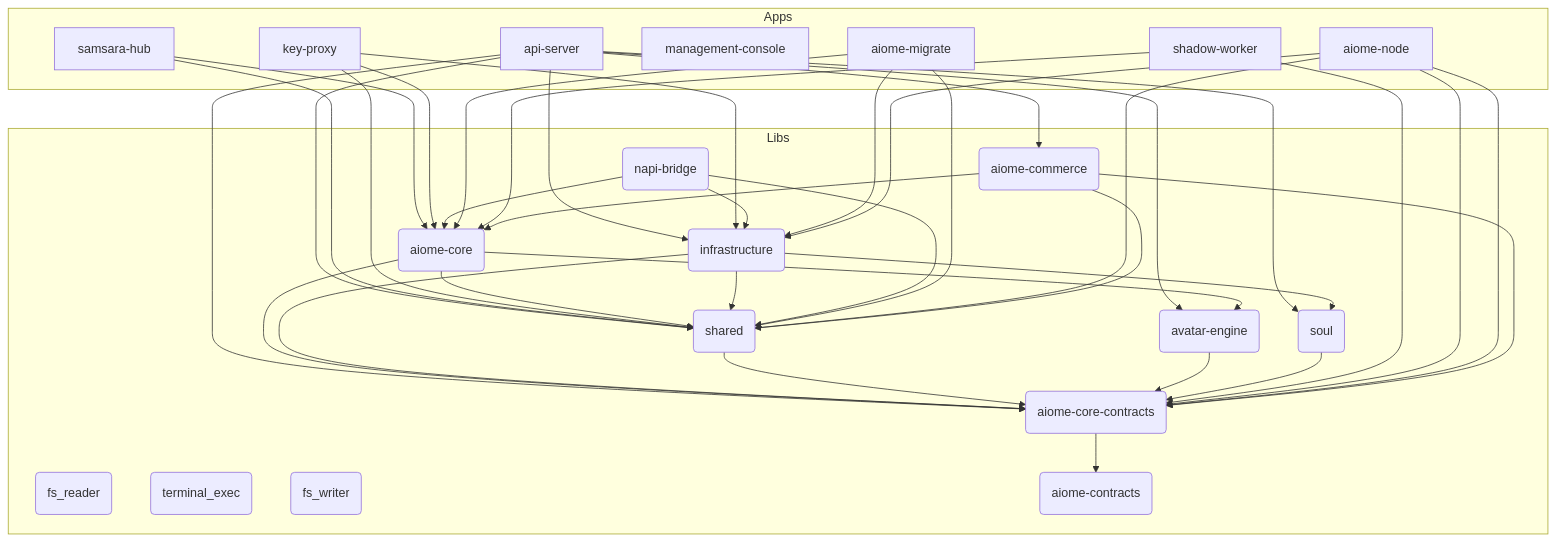
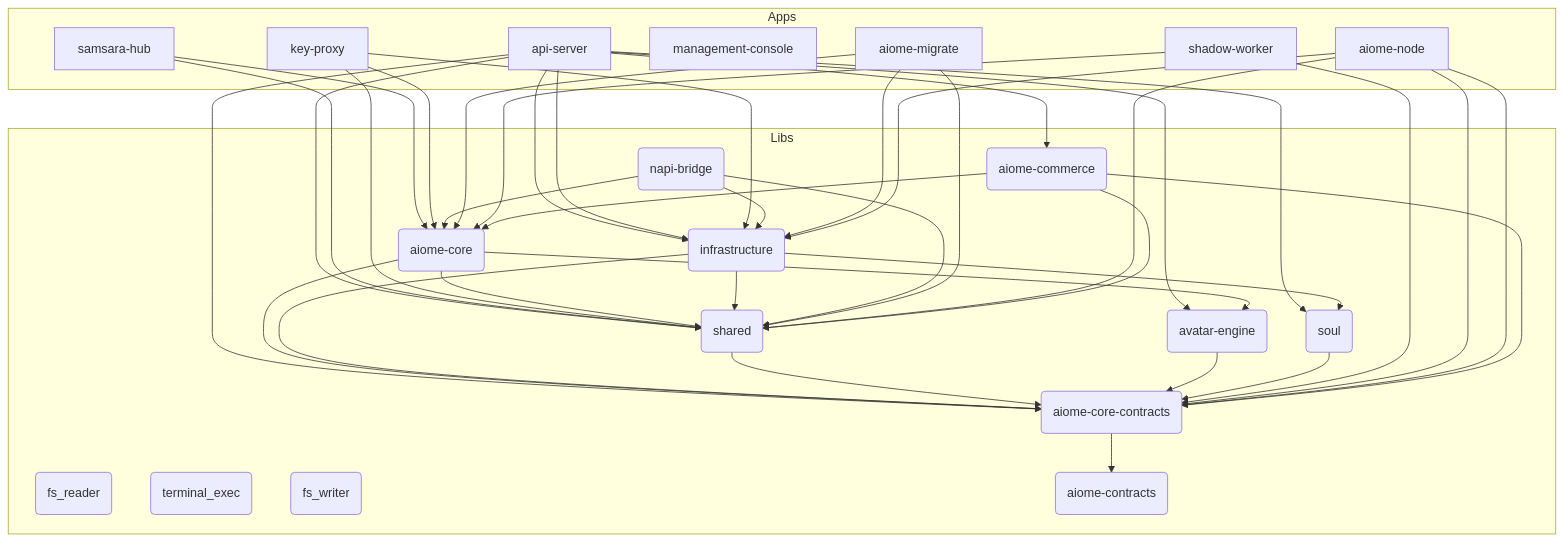
One commit to for4xex-droid/modular-open-claw changed the diagram in ARCHITECTURE.md. Above: the diagram before and after it, drawn with Mermaid. The commit also changed other lines of this file and 5 other files, not shown here.

Commit message:
docs: Sync architecture docs for Zero-Panic AADP v5 policy

````diff
--- a/ARCHITECTURE.md
+++ b/ARCHITECTURE.md
@@ -23,64 +23,65 @@
 ```mermaid
 graph TD
     subgraph Apps
         api-server[api-server]
         samsara-hub[samsara-hub]
         key-proxy[key-proxy]
         management-console[management-console]
         aiome-migrate[aiome-migrate]
         shadow-worker[shadow-worker]
         aiome-node[aiome-node]
     end
 
     subgraph Libs
         aiome-core(aiome-core)
         infrastructure(infrastructure)
         shared(shared)
         avatar-engine(avatar-engine)
         fs_reader(fs_reader)
         terminal_exec(terminal_exec)
         fs_writer(fs_writer)
         napi-bridge(napi-bridge)
         aiome-contracts(aiome-contracts)
         aiome-core-contracts(aiome-core-contracts)
         soul(soul)
         aiome-commerce(aiome-commerce)
     end
 
     api-server --> soul
     api-server --> infrastructure
     api-server --> shared
     api-server --> avatar-engine
     api-server --> aiome-core-contracts
     api-server --> aiome-commerce
+    api-server --> infrastructure
     samsara-hub --> aiome-core
     samsara-hub --> shared
     key-proxy --> aiome-core
     key-proxy --> shared
     key-proxy --> infrastructure
     aiome-core --> shared
     aiome-core --> aiome-core-contracts
     aiome-core --> avatar-engine
     infrastructure --> soul
     infrastructure --> aiome-core-contracts
     infrastructure --> shared
     shared --> aiome-core-contracts
     avatar-engine --> aiome-core-contracts
     napi-bridge --> aiome-core
     napi-bridge --> infrastructure
     napi-bridge --> shared
     aiome-core-contracts --> aiome-contracts
     soul --> aiome-core-contracts
     aiome-migrate --> aiome-core
     aiome-migrate --> infrastructure
     aiome-migrate --> shared
     shadow-worker --> aiome-core-contracts
     shadow-worker --> aiome-core
     aiome-node --> aiome-core-contracts
     aiome-node --> shared
     aiome-node --> infrastructure
     aiome-node --> aiome-core-contracts
     aiome-commerce --> aiome-core-contracts
     aiome-commerce --> aiome-core
     aiome-commerce --> shared
 ```
````
